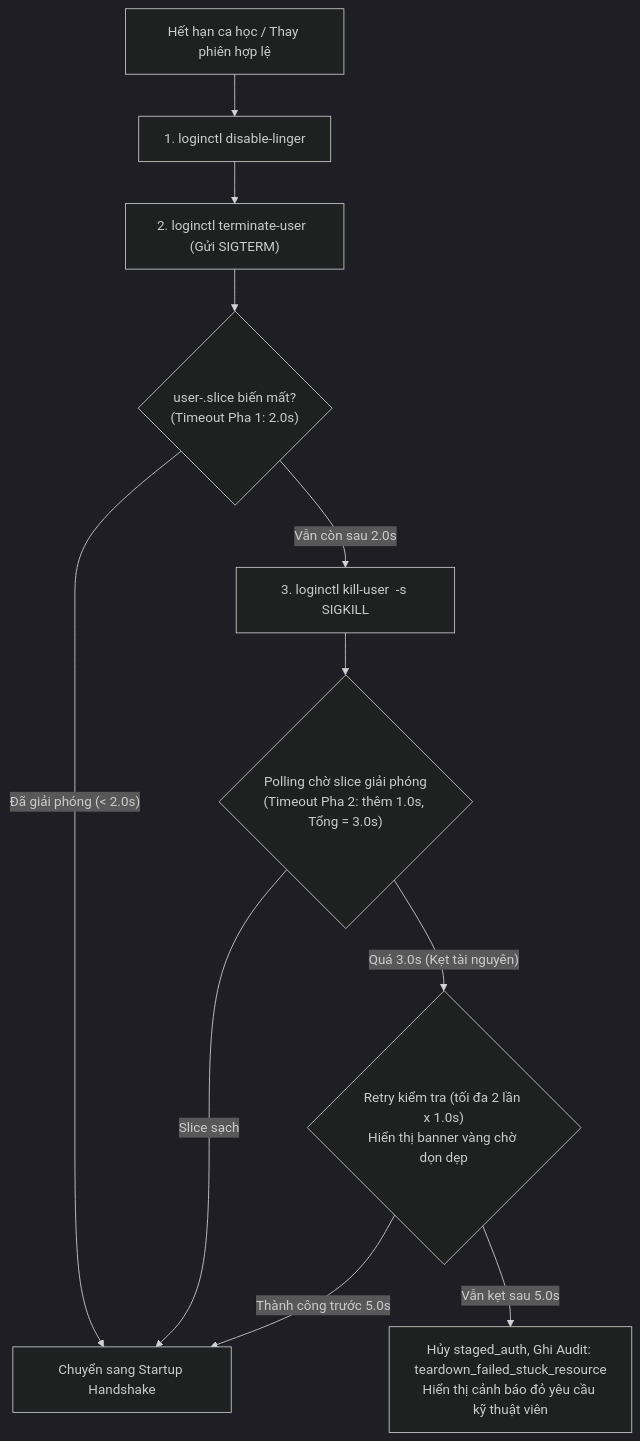
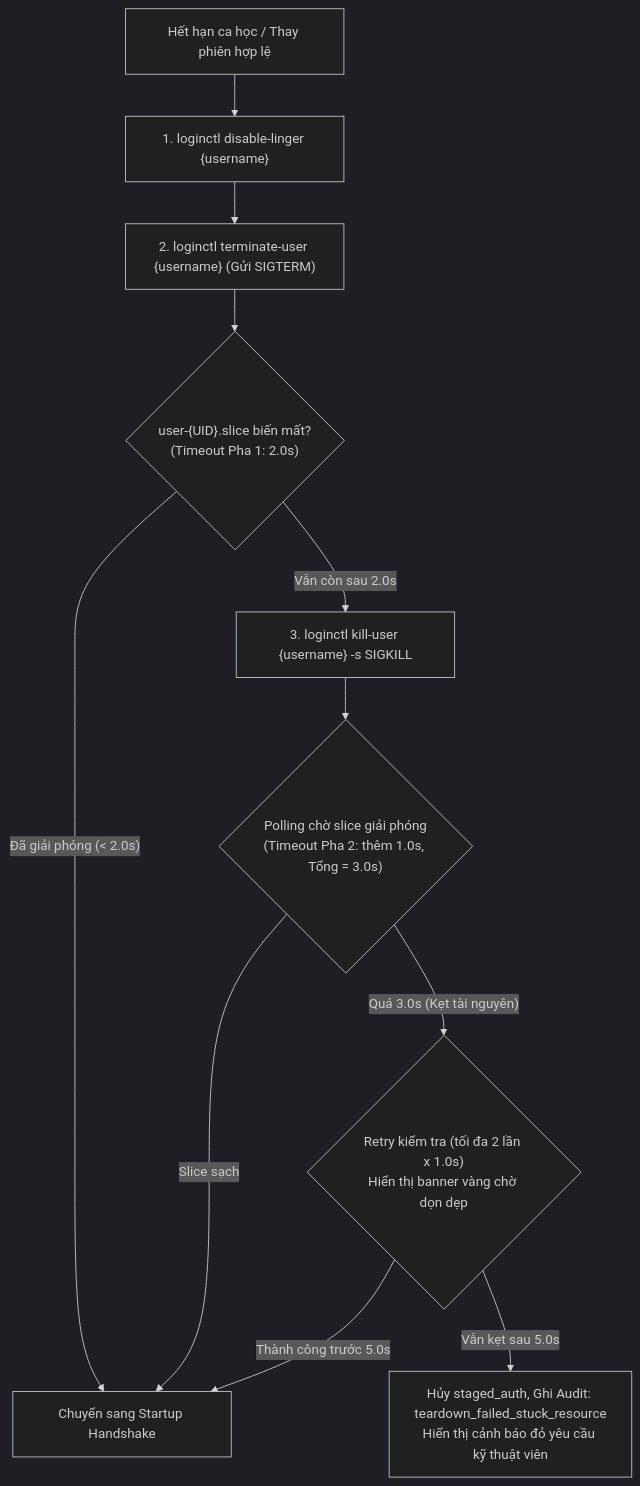
The diagram in design/docs/06-architecture/decisions/ADR-008-vong-doi-phien-va-teardown-da-pha.md (binhtoong21/linux-access-control), drawn with Mermaid (dark theme) before and after one commit. The commit also changed 7 other files, not shown here.

First line of the commit message:
docs: Fix Mermaid diagrams so all 34 render

````diff
--- a/design/docs/06-architecture/decisions/ADR-008-vong-doi-phien-va-teardown-da-pha.md
+++ b/design/docs/06-architecture/decisions/ADR-008-vong-doi-phien-va-teardown-da-pha.md
@@ -77,13 +77,13 @@
 ```mermaid
 flowchart TD
-    Start["Hết hạn ca học / Thay phiên hợp lệ"] --> Step1["1. loginctl disable-linger <username>"]
-    Step1 --> Step2["2. loginctl terminate-user <username> (Gửi SIGTERM)"]
-    Step2 --> Poll1{"user-<UID>.slice biến mất?<br>(Timeout Pha 1: 2.0s)"}
+    Start["Hết hạn ca học / Thay phiên hợp lệ"] --> Step1["1. loginctl disable-linger {username}"]
+    Step1 --> Step2["2. loginctl terminate-user {username} (Gửi SIGTERM)"]
+    Step2 --> Poll1{"user-{UID}.slice biến mất?<br>(Timeout Pha 1: 2.0s)"}
     Poll1 -- "Đã giải phóng (< 2.0s)" --> Handshake["Chuyển sang Startup Handshake"]
-    Poll1 -- "Vẫn còn sau 2.0s" --> Step3["3. loginctl kill-user <username> -s SIGKILL"]
+    Poll1 -- "Vẫn còn sau 2.0s" --> Step3["3. loginctl kill-user {username} -s SIGKILL"]
     Step3 --> Poll2{"Polling chờ slice giải phóng<br>(Timeout Pha 2: thêm 1.0s, Tổng = 3.0s)"}
     Poll2 -- "Slice sạch" --> Handshake
     Poll2 -- "Quá 3.0s (Kẹt tài nguyên)" --> Retry{"Retry kiểm tra (tối đa 2 lần x 1.0s)<br>Hiển thị banner vàng chờ dọn dẹp"}
     Retry -- "Thành công trước 5.0s" --> Handshake
     Retry -- "Vẫn kẹt sau 5.0s" --> Alarm["Hủy staged_auth, Ghi Audit: teardown_failed_stuck_resource<br>Hiển thị cảnh báo đỏ yêu cầu kỹ thuật viên"]
 ```
````
